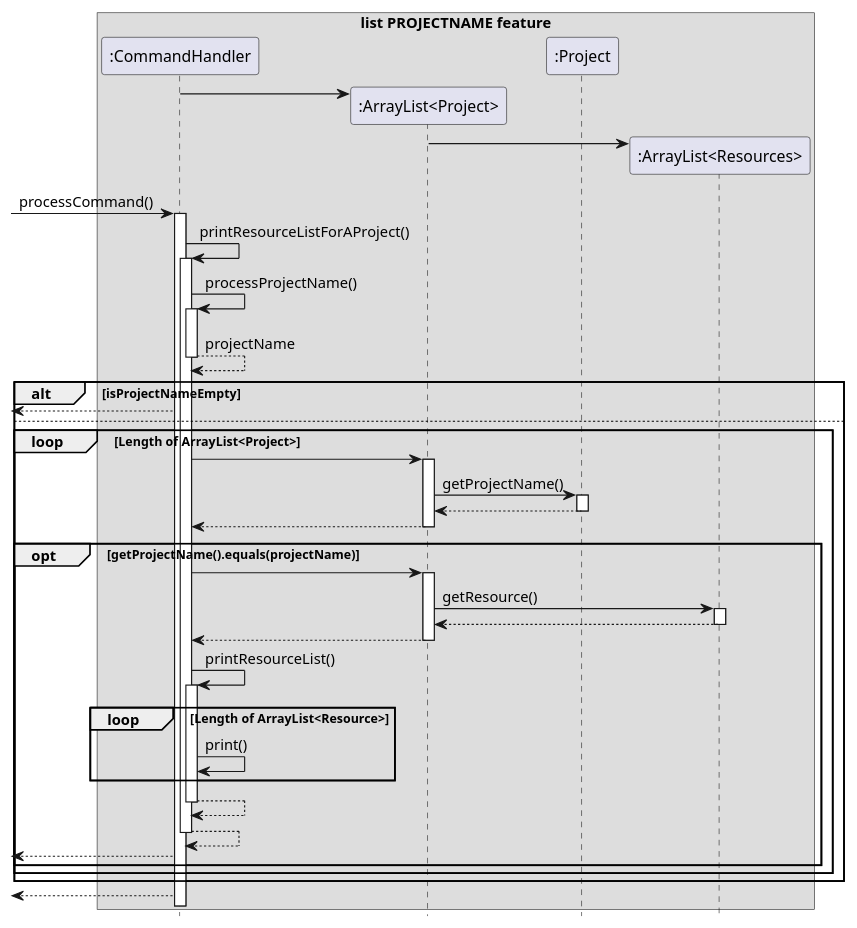
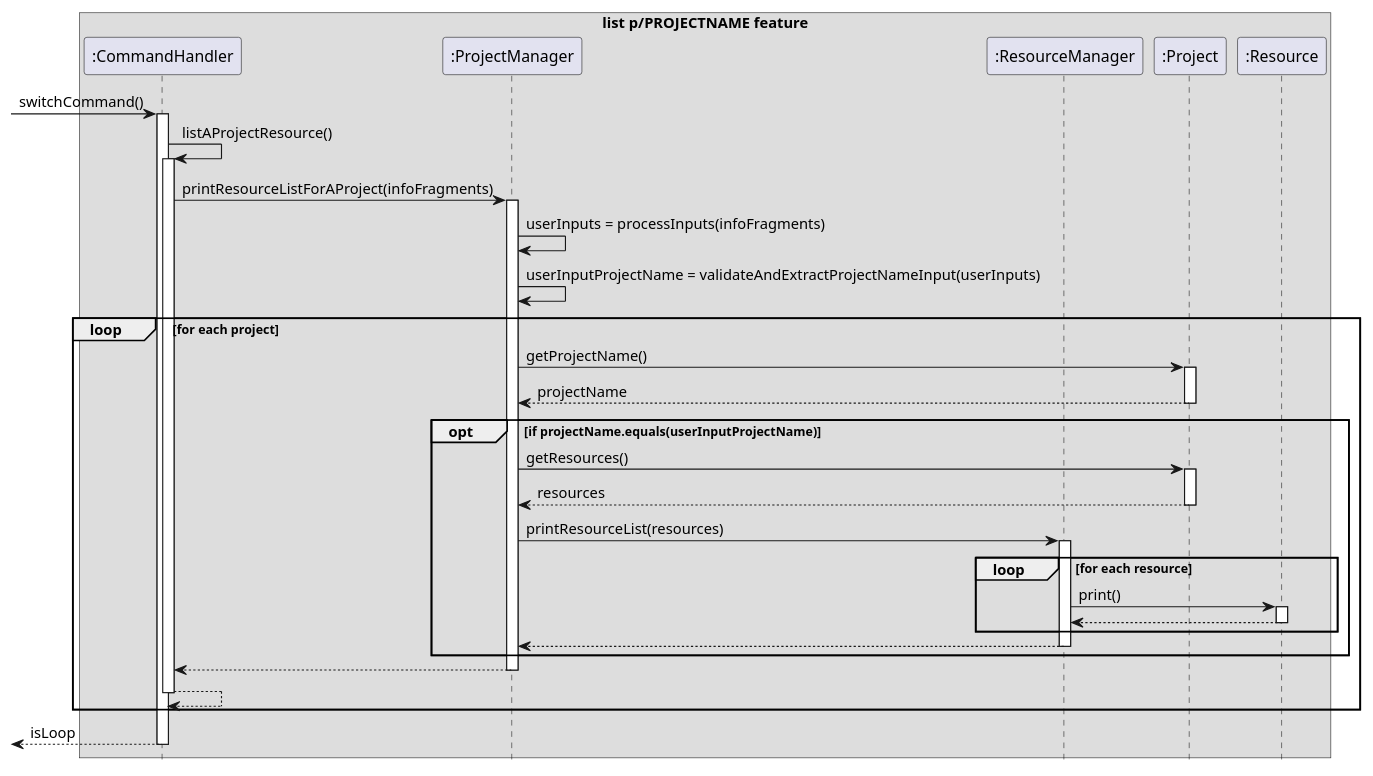
One commit to s-t-e-f/tp changed the diagram in docs/PlantUML/list projectnamefinal.puml. Above: the diagram before and after it, drawn with PlantUML. The commit also changed 2 other files, not shown here.

Commit message:
Update list p/PROJECTNAME sequence diagram

```diff
--- a/docs/PlantUML/list projectnamefinal.puml
+++ b/docs/PlantUML/list projectnamefinal.puml
@@ -1,59 +1,48 @@
 @startuml
 hide footbox
-box list PROJECTNAME feature
+box list p/PROJECTNAME feature
 participant ":CommandHandler" as CH
-participant ":ArrayList<Project>" as PA
-participant ":Project" as PC
-participant ":ArrayList<Resources>" as RA
+participant ":ProjectManager" as PM
+participant ":ResourceManager" as RM
+participant ":Project" as P
+participant ":Resource" as R
 
 
-create PA
-CH -> PA
-
-create RA
-PA -> RA
-
-[-> CH: processCommand()
+[-> CH: switchCommand()
 activate CH
 
-CH -> CH: printResourceListForAProject()
+CH -> CH: listAProjectResource()
 activate CH
 
-CH -> CH: processProjectName()
-activate CH
-return projectName
+CH -> PM: printResourceListForAProject(infoFragments)
+activate PM
 
-alt isProjectNameEmpty
-    CH -->[
-else
-    loop Length of ArrayList<Project>
-        CH -> PA
-        activate PA
-        PA -> PC: getProjectName()
-        activate PC
+PM -> PM: userInputs = processInputs(infoFragments)
+PM -> PM: userInputProjectName = validateAndExtractProjectNameInput(userInputs)
+
+loop for each project
+    PM -> P: getProjectName()
+    activate P
+    return projectName
+    opt if projectName.equals(userInputProjectName)
+        PM -> P: getResources()
+        activate P
+        return resources
+
+        PM -> RM: printResourceList(resources)
+        activate RM
+        loop for each resource
+            RM -> R: print()
+            activate R
+            return
+        end
         return
+        end
 
         return
-        opt getProjectName().equals(projectName)
-            CH -> PA:
-            activate PA
-            PA -> RA: getResource()
-            activate RA
-            return
+        return
+end
 
-            return
-            CH -> CH: printResourceList()
-            activate CH
-            loop Length of ArrayList<Resource>
-                CH -> CH: print()
-            end
-            return
-            return
-            CH -->[
-        end
-    end
-end
-CH -->[
-endbox
+return isLoop
 
 @enduml
```
